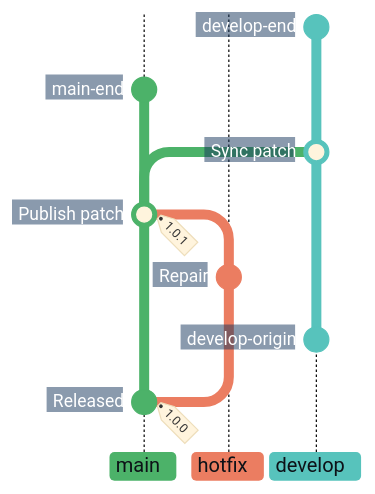
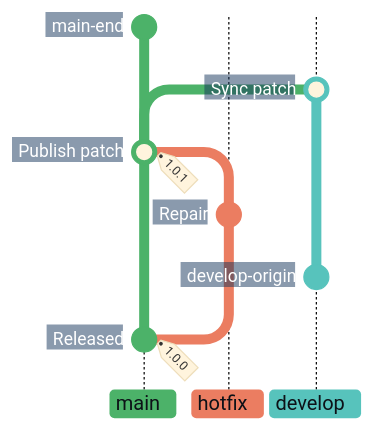
The third of 7 diagrams in docs/adr/cicd.md (superhero/operations.superduper.solutions), drawn with Mermaid before and after one commit. The commit also changed other lines of this file, not shown here.

Commit message:
docs(cicd): shorten upward branch continuations

````diff
--- a/docs/adr/cicd.md
+++ b/docs/adr/cicd.md
@@ -124,28 +120,26 @@
 ```mermaid
-%%{init: {"theme": "base", "themeCSS": "line.branch { stroke: #8B949E; stroke-width: 1px; stroke-dasharray: 1 4; stroke-linecap: round; } .branchLabel, .tag-label { font-weight: 700; } .tag-label-bkg, .commit-label-bkg { opacity: 0.9; } .tag-label-bkg { fill: #B8E6C4; stroke: #8ED3A2; } .branchLabelBkg { opacity: 1; clip-path: inset(0 8px 0 0 round 4px) fill-box; } .commit-labels g:nth-last-of-type(-n+2), .commit.develop-origin { visibility: hidden; } path.arrow2:not(.arrow2 ~ .arrow2) { filter: drop-shadow(0 50px 0 #57C3BC); } .commit-labels g:nth-of-type(-n+2), .commit.main-end, .commit.develop-end { visibility: hidden; } .commit-arrows path.arrow0:nth-last-child(2) { filter: drop-shadow(0 -50px 0 #4CB269); } .commit-labels g { transform-box: fill-box; transform-origin: calc(100% + 17px) calc(50% + 2px); transform: rotate(-10deg); } .commit-label { font-weight: 700; transform: translateX(-8px); } .commit-label-bkg { stroke: #17365D; stroke-width: 20px; transform: translateX(-5px); clip-path: polygon(-4px -4px, calc(100% + 4px) -4px, calc(100% + 10px) 50%, calc(100% + 4px) calc(100% + 4px), -4px calc(100% + 4px)) fill-box; }", "gitGraph": {"showCommitLabel": true, "rotateCommitLabel": false}, "themeVariables": {
+%%{init: {"theme": "base", "themeCSS": "line.branch { stroke: #8B949E; stroke-width: 1px; stroke-dasharray: 1 4; stroke-linecap: round; } .branchLabel, .tag-label { font-weight: 700; } .tag-label-bkg, .commit-label-bkg { opacity: 0.9; } .tag-label-bkg { fill: #B8E6C4; stroke: #8ED3A2; } .branchLabelBkg { opacity: 1; clip-path: inset(0 8px 0 0 round 4px) fill-box; } .commit-labels g:nth-last-of-type(-n+2), .commit.develop-origin { visibility: hidden; } path.arrow2:not(.arrow2 ~ .arrow2) { filter: drop-shadow(0 50px 0 #57C3BC); } .commit-labels g:first-of-type, .commit.main-end { visibility: hidden; } .commit-arrows path.arrow2:nth-last-child(3) { filter: drop-shadow(0 50px 0 #57C3BC) drop-shadow(0 -50px 0 #57C3BC); } .commit-labels g { transform-box: fill-box; transform-origin: calc(100% + 17px) calc(50% + 2px); transform: rotate(-10deg); } .commit-label { font-weight: 700; transform: translateX(-8px); } .commit-label-bkg { stroke: #17365D; stroke-width: 20px; transform: translateX(-5px); clip-path: polygon(-4px -4px, calc(100% + 4px) -4px, calc(100% + 10px) 50%, calc(100% + 4px) calc(100% + 4px), -4px calc(100% + 4px)) fill-box; }", "gitGraph": {"showCommitLabel": true, "rotateCommitLabel": false}, "themeVariables": {
     "commitLabelFontSize": "14px", "commitLabelColor": "#FFFFFF", "commitLabelBackground": "#17365D",
     "git0": "#4CB269", "gitBranchLabel0": "#0D1117",
     "git1": "#EB7D61", "gitBranchLabel1": "#0D1117",
     "git2": "#57C3BC", "gitBranchLabel2": "#0D1117"
 }}}%%
 gitGraph BT:
     %% Show existing main and develop lanes with earlier ancestry and initial notes omitted.
     branch develop order: 2
     checkout main
     commit id: "Released" tag: "1.0.0"
     checkout develop
     %% Hide the required develop anchor; extend its line by 50px to show prior history without a starting node.
     commit id: "develop-origin"
     checkout main
     branch "hotfix" order: 1
     commit id: "Repair"
     checkout main
     merge "hotfix" id: "Publish patch" tag: "1.0.1"
     checkout develop
     merge main id: "Sync patch"
-    %% Hidden endpoints continue both permanent branches; extend main by 50px to align the tips.
+    %% A hidden main endpoint and a 50px develop extension align the continuing tips.
     checkout main
     commit id: "main-end"
-    checkout develop
-    commit id: "develop-end"
 ```
````
